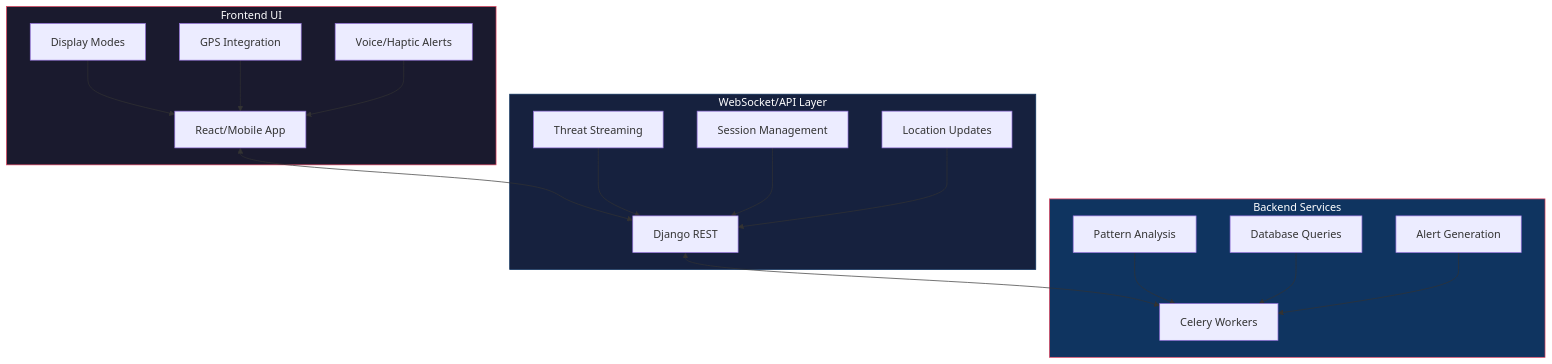
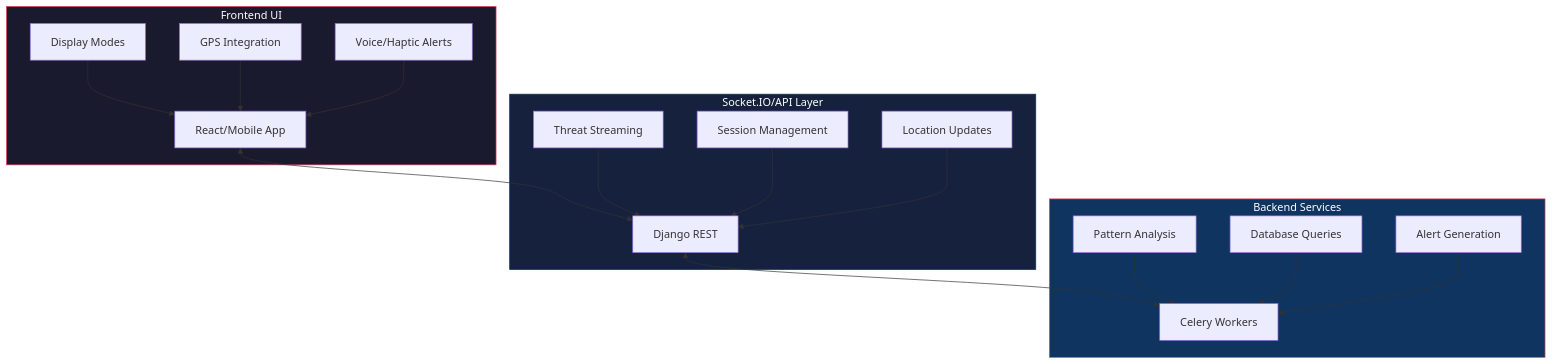
One commit to CHA0S-CORP/SkySpy changed the first of 6 diagrams in docs/17-cannonball-mode.md. Above: the diagram before and after it, drawn with Mermaid. The commit also changed other lines of this file and 18 other files, not shown here.

````diff
--- a/docs/17-cannonball-mode.md
+++ b/docs/17-cannonball-mode.md
@@ -45,39 +45,39 @@
 ```mermaid
 graph TB
     subgraph Frontend["Frontend UI"]
         A[React/Mobile App]
         B[Display Modes]
         C[GPS Integration]
         D[Voice/Haptic Alerts]
     end
 
-    subgraph API["WebSocket/API Layer"]
+    subgraph API["Socket.IO/API Layer"]
         E[Django REST]
         F[Threat Streaming]
         G[Session Management]
         H[Location Updates]
     end
 
     subgraph Backend["Backend Services"]
         I[Celery Workers]
         J[Pattern Analysis]
         K[Database Queries]
         L[Alert Generation]
     end
 
     A <--> E
     B --> A
     C --> A
     D --> A
     E <--> I
     F --> E
     G --> E
     H --> E
     J --> I
     K --> I
     L --> I
 
     style Frontend fill:#1a1a2e,stroke:#e94560,color:#fff
     style API fill:#16213e,stroke:#0f3460,color:#fff
     style Backend fill:#0f3460,stroke:#e94560,color:#fff
 ```
````
